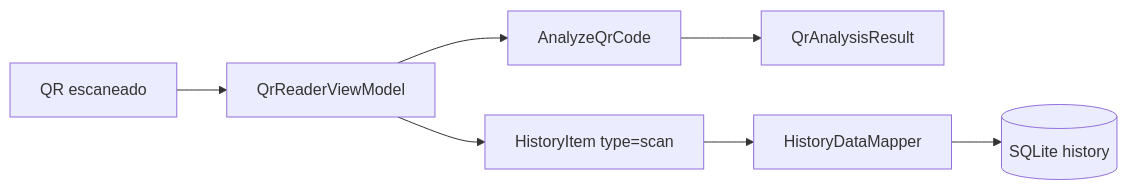
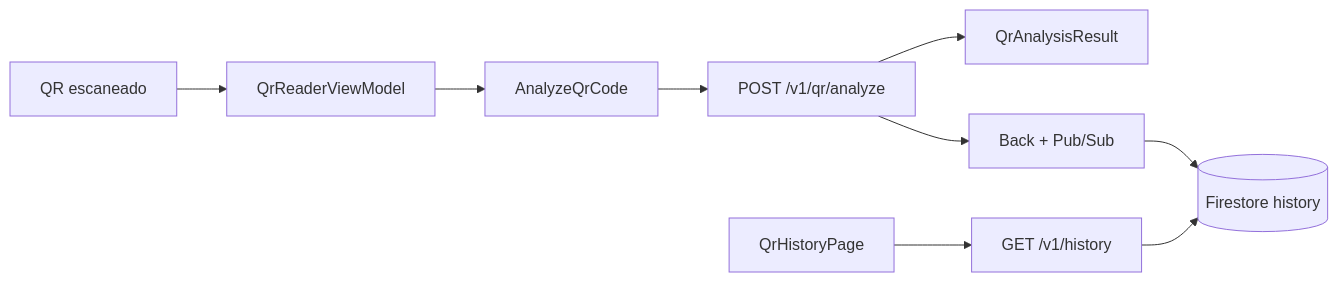
One commit to AndreWar10/SafeQR changed the first of 2 diagrams in safe_qr_app/docs/08-dados-persistencia.md. Above: the diagram before and after it, drawn with Mermaid. The commit also changed other lines of this file and 25 other files, not shown here.

Commit message:
feat: enhance Safe QR app with Bearer JWT authentication for remote API calls and update documentation for local and remote history management

````diff
--- a/safe_qr_app/docs/08-dados-persistencia.md
+++ b/safe_qr_app/docs/08-dados-persistencia.md
@@ -143,9 +145,11 @@
 ```mermaid
 flowchart LR
   Scan[QR escaneado] --> VM[QrReaderViewModel]
   VM --> UC[AnalyzeQrCode]
-  UC --> Result[QrAnalysisResult]
-  VM --> Item[HistoryItem type=scan]
-  Item --> Mapper[HistoryDataMapper]
-  Mapper --> DB[(SQLite history)]
+  UC --> API[POST /v1/qr/analyze]
+  API --> Result[QrAnalysisResult]
+  API --> Back[Back + Pub/Sub]
+  Back --> FS[(Firestore history)]
+  UI[QrHistoryPage] --> GET[GET /v1/history]
+  GET --> FS
 ```
````
